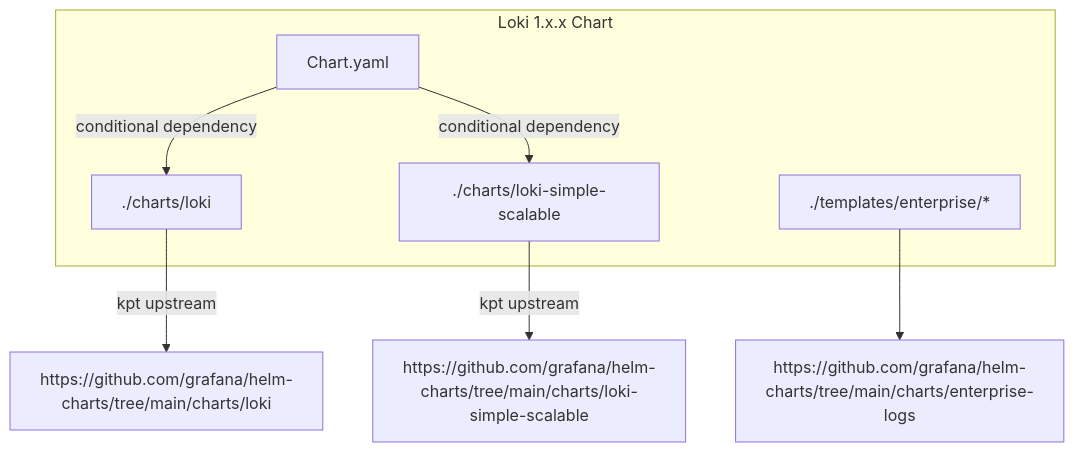
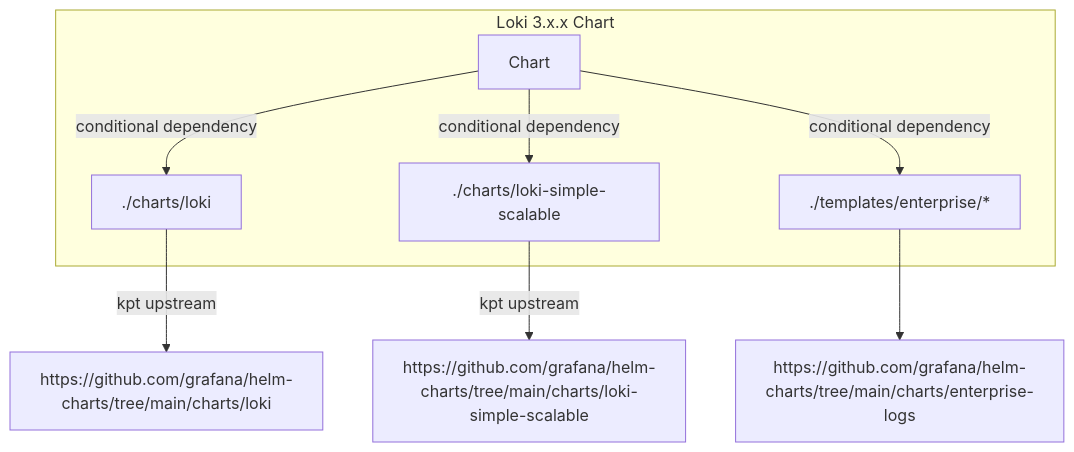
Before and after one commit to rjferguson21/loki: the first of 5 diagrams in MIGRATING.md, drawn with Mermaid. The commit also changed other lines of this file, not shown here.

````diff
--- a/MIGRATING.md
+++ b/MIGRATING.md
@@ -77,11 +77,12 @@
 ```mermaid
 flowchart TD
-   subgraph chart[Loki 1.x.x Chart]
+   subgraph chart[Loki 3.x.x Chart]
    et[./templates/enterprise/*]
-   loki-restructured[Chart.yaml] -- conditional dependency -->  oss-loki[./charts/loki]
-   loki-restructured[Chart.yaml] -- conditional dependency -->  oss-scalable[./charts/loki-simple-scalable]
+   loki-restructured[Chart] -- conditional dependency -->  oss-loki[./charts/loki]
+   loki-restructured[Chart] -- conditional dependency -->  oss-scalable[./charts/loki-simple-scalable]
+   loki-restructured[Chart] -- conditional dependency -->  et
    end
    et --> upstream-loki-el[https://github.com/grafana/helm-charts/tree/main/charts/enterprise-logs]
    oss-loki -- kpt upstream --> upstream-loki[https://github.com/grafana/helm-charts/tree/main/charts/loki]
    oss-scalable -- kpt upstream --> upstream-loki-ss[https://github.com/grafana/helm-charts/tree/main/charts/loki-simple-scalable]
 ```
````
